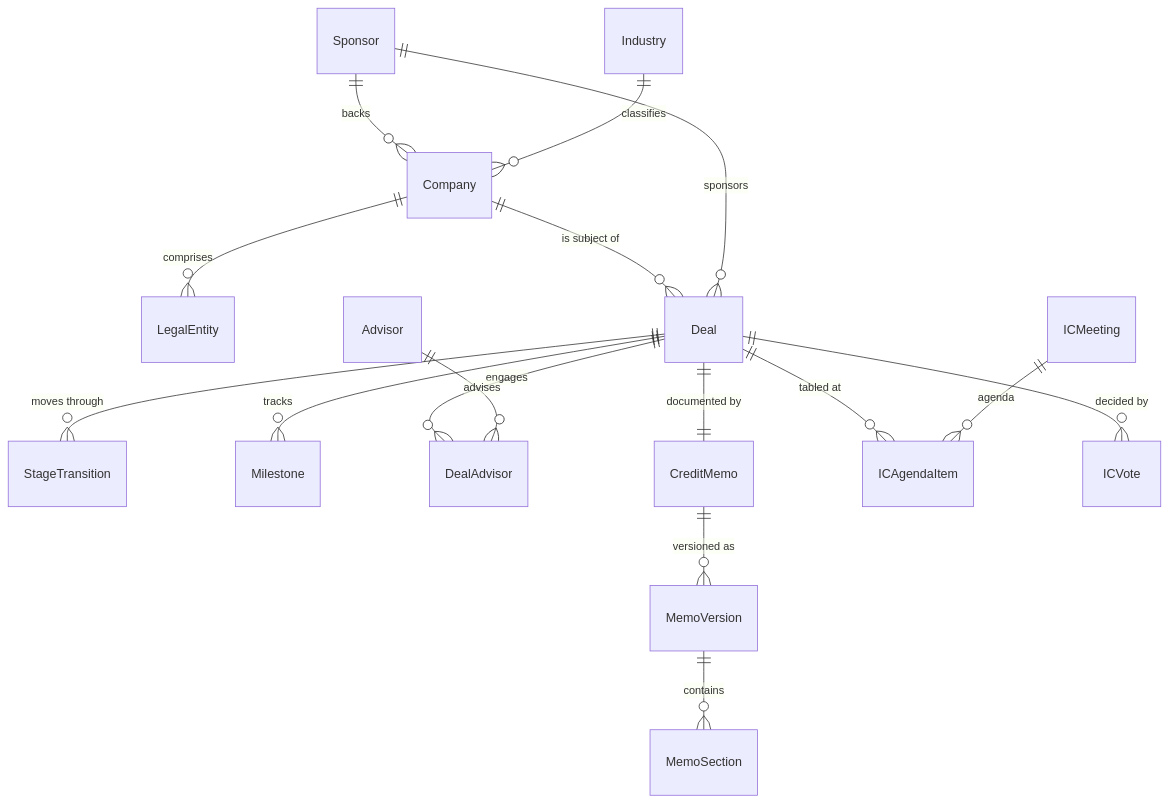
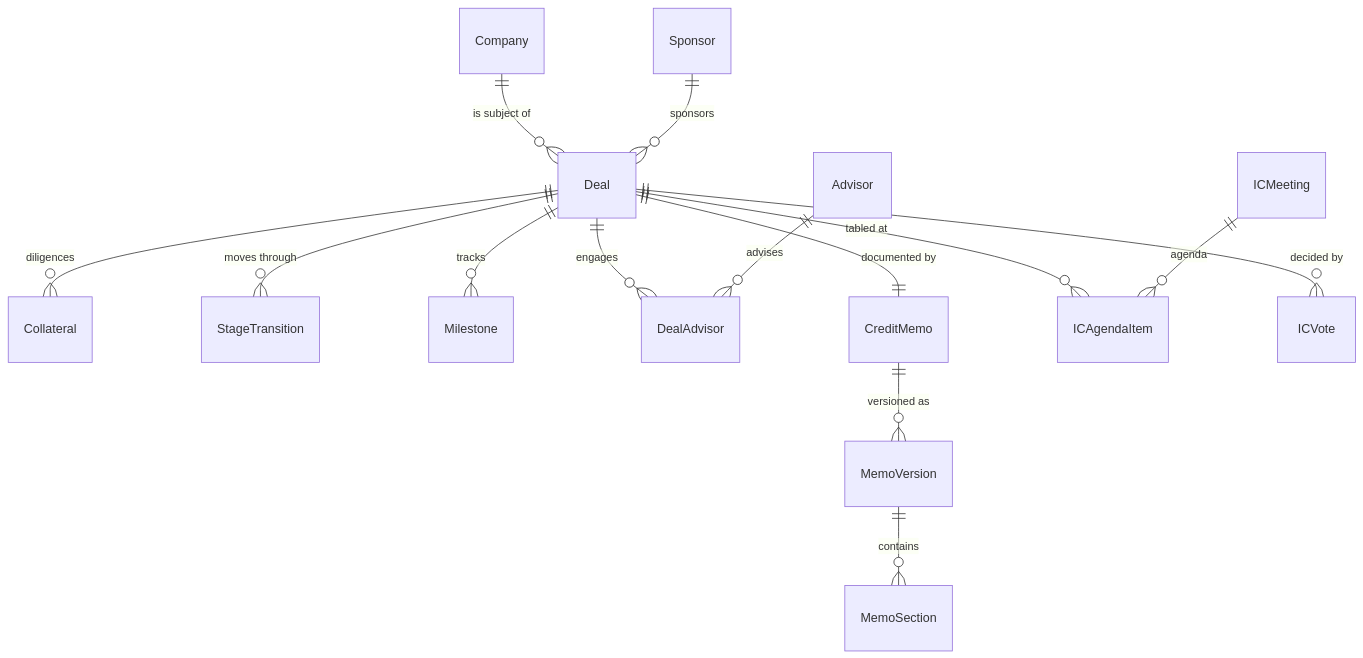
The second of 7 diagrams in docs/data-model/README.md (nighthawk6389/pvt-credit-poc), drawn with Mermaid before and after one commit. The commit also changed other lines of this file and 5 other files, not shown here.

````diff
--- a/docs/data-model/README.md
+++ b/docs/data-model/README.md
@@ -104,18 +148,16 @@
 ```mermaid
 erDiagram
-  Sponsor ||--o{ Company : "backs"
-  Industry ||--o{ Company : "classifies"
-  Company ||--o{ LegalEntity : "comprises"
   Company ||--o{ Deal : "is subject of"
   Sponsor ||--o{ Deal : "sponsors"
+  Deal ||--o{ Collateral : "diligences"
   Deal ||--o{ StageTransition : "moves through"
   Deal ||--o{ Milestone : "tracks"
   Deal ||--o{ DealAdvisor : "engages"
   Advisor ||--o{ DealAdvisor : "advises"
   Deal ||--|| CreditMemo : "documented by"
   CreditMemo ||--o{ MemoVersion : "versioned as"
   MemoVersion ||--o{ MemoSection : "contains"
   Deal ||--o{ ICAgendaItem : "tabled at"
   ICMeeting ||--o{ ICAgendaItem : "agenda"
   Deal ||--o{ ICVote : "decided by"
 ```
````
